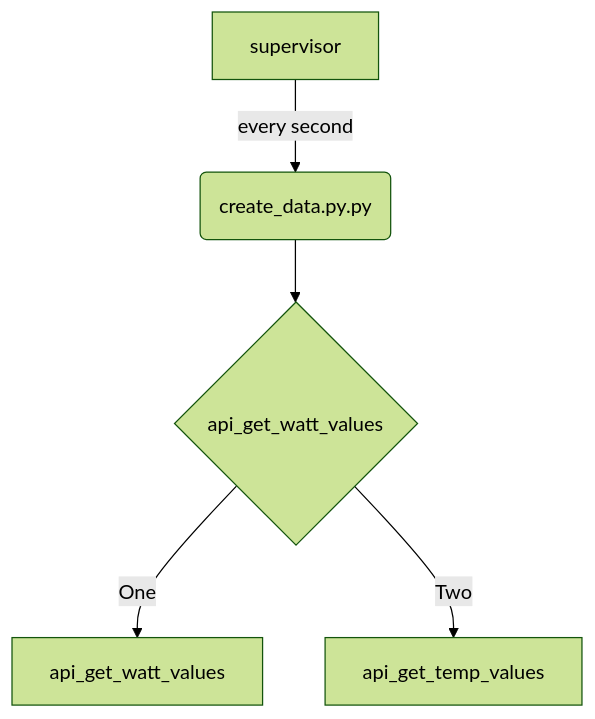
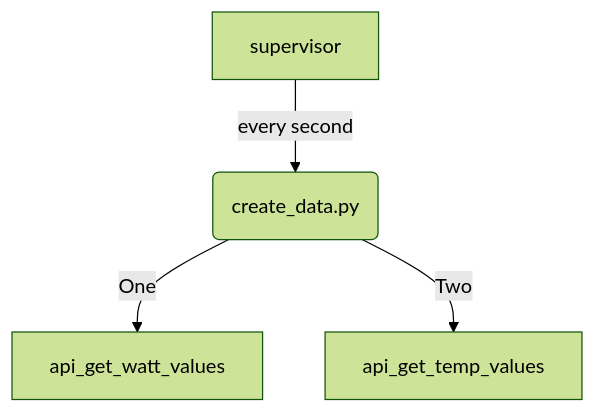
One commit to cheperboy/wiki changed the diagram in software.md. Above: the diagram before and after it, drawn with Mermaid (forest theme). The commit also changed other lines of this file, not shown here.

Commit message:
software.md updated from https://stackedit.io/

````diff
--- a/software.md
+++ b/software.md
@@ -34,7 +34,6 @@
 ```mermaid
 graph TD
-A[supervisor] -->|every second| B(create_data.py.py)
-B --> C{api_get_watt_values}
-C -->|One| D[api_get_watt_values]
-C -->|Two| E[api_get_temp_values]
+A[supervisor] -->|every second| B(create_data.py)
+B -->|One| D[api_get_watt_values]
+B -->|Two| E[api_get_temp_values]
 ```
````
